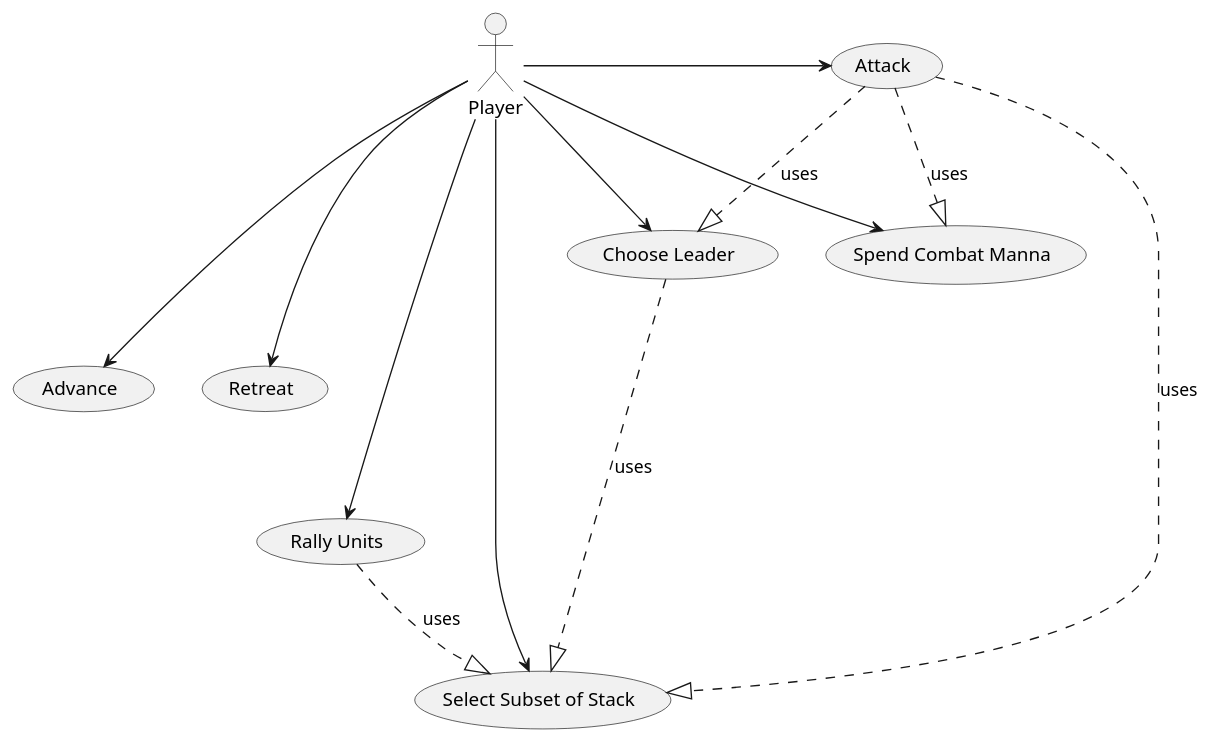
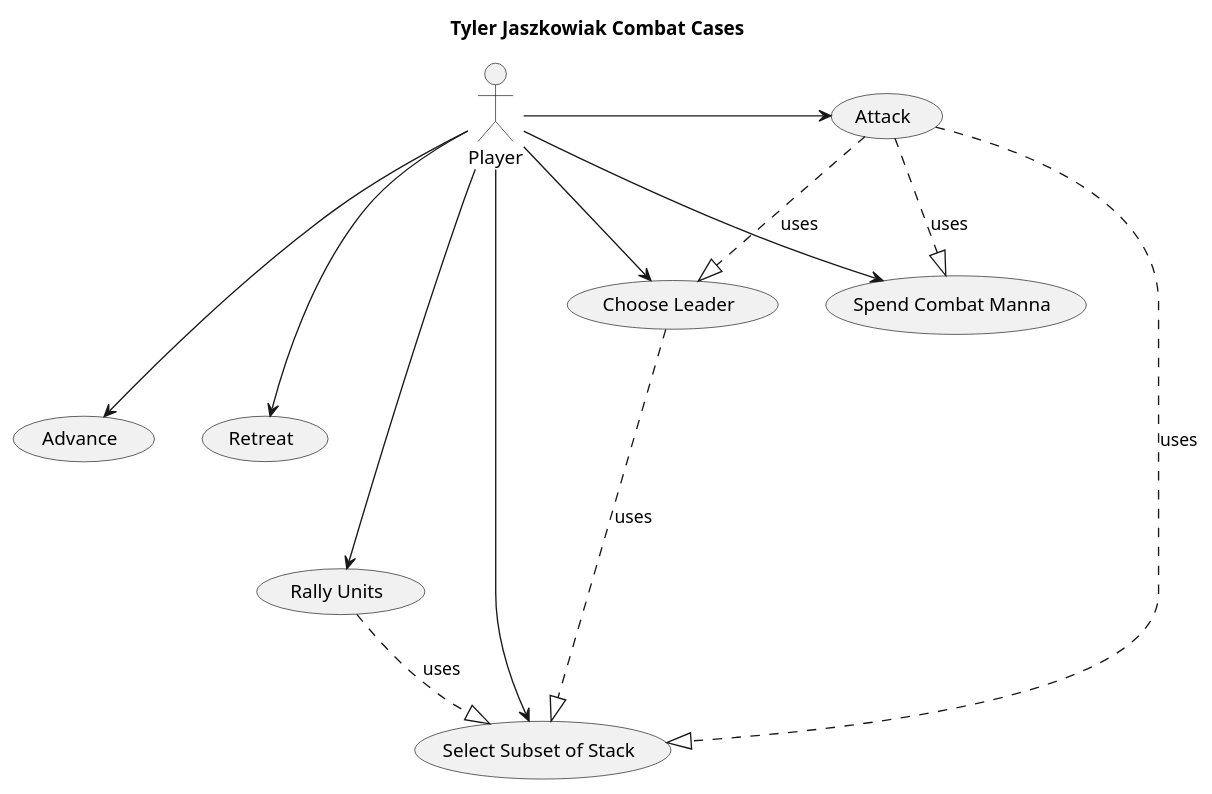
The diagram in jasz_diagrams/use_cases_combat.pu (clif7786/hw2_a), drawn with PlantUML before and after one commit. The commit also changed 8 other files, not shown here.

```diff
--- a/jasz_diagrams/use_cases_combat.pu
+++ b/jasz_diagrams/use_cases_combat.pu
@@ -1,24 +1,26 @@
 @startuml
+title Tyler Jaszkowiak Combat Cases
+
 actor Player
 
 
 Player ---->    (Select Subset of Stack)
 
 
 
 
 
 Player -> (Attack)
 Player --> (Choose Leader)
 Player --> (Spend Combat Manna)
 (Attack) ..|> (Choose Leader) :uses
 (Attack) ..|> (Select Subset of Stack) :uses
 (Choose Leader) ..|> (Select Subset of Stack) :uses
 (Attack) ..|> (Spend Combat Manna) :uses
 Player ---> (Advance)
 Player ---> (Retreat)
 Player ----> (Rally Units)
 (Rally Units) ..|> (Select Subset of Stack) :uses
 
 
 @enduml
```
